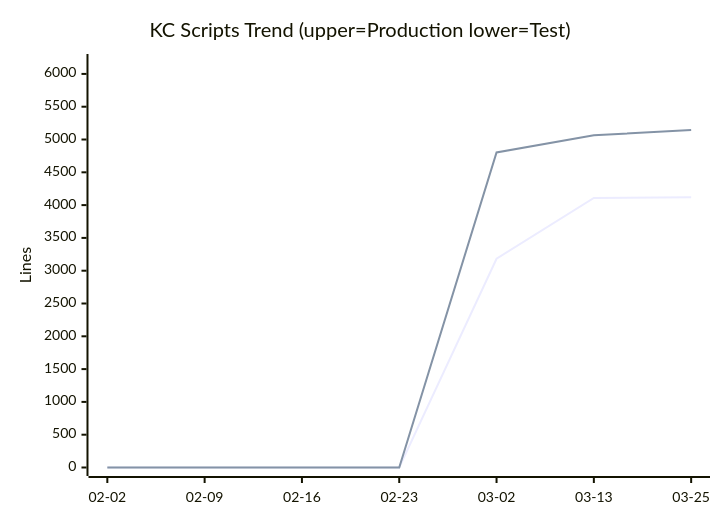
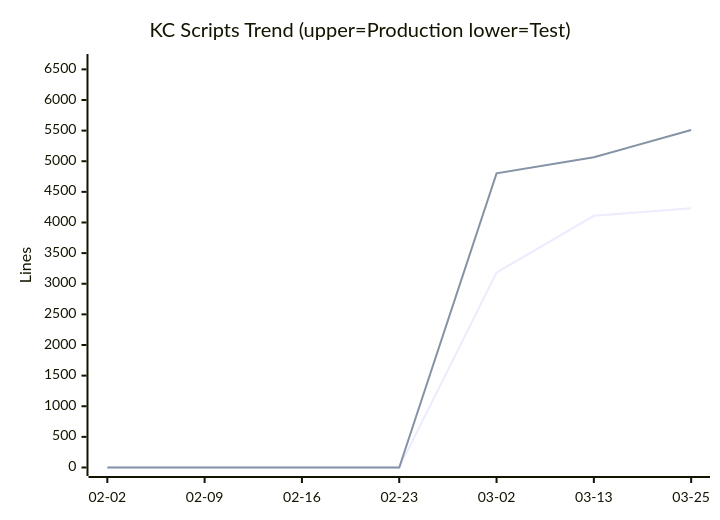
Diagram 11 of 14 in docs/metrics.md (nablarch/nabledge-dev), drawn with Mermaid before and after one commit. The commit also changed other lines of this file, not shown here.

````diff
--- a/docs/metrics.md
+++ b/docs/metrics.md
@@ -142,8 +142,8 @@
 ```mermaid
 xychart-beta
   title "KC Scripts Trend (upper=Production  lower=Test)"
   x-axis ["02-02", "02-09", "02-16", "02-23", "03-02", "03-13", "03-25"]
-  y-axis "Lines" 0 --> 6174
-  line [0, 0, 0, 0, 3183, 4109, 4119]
-  line [0, 0, 0, 0, 4802, 5064, 5145]
+  y-axis "Lines" 0 --> 6612
+  line [0, 0, 0, 0, 3183, 4109, 4234]
+  line [0, 0, 0, 0, 4802, 5064, 5510]
 ```
````
